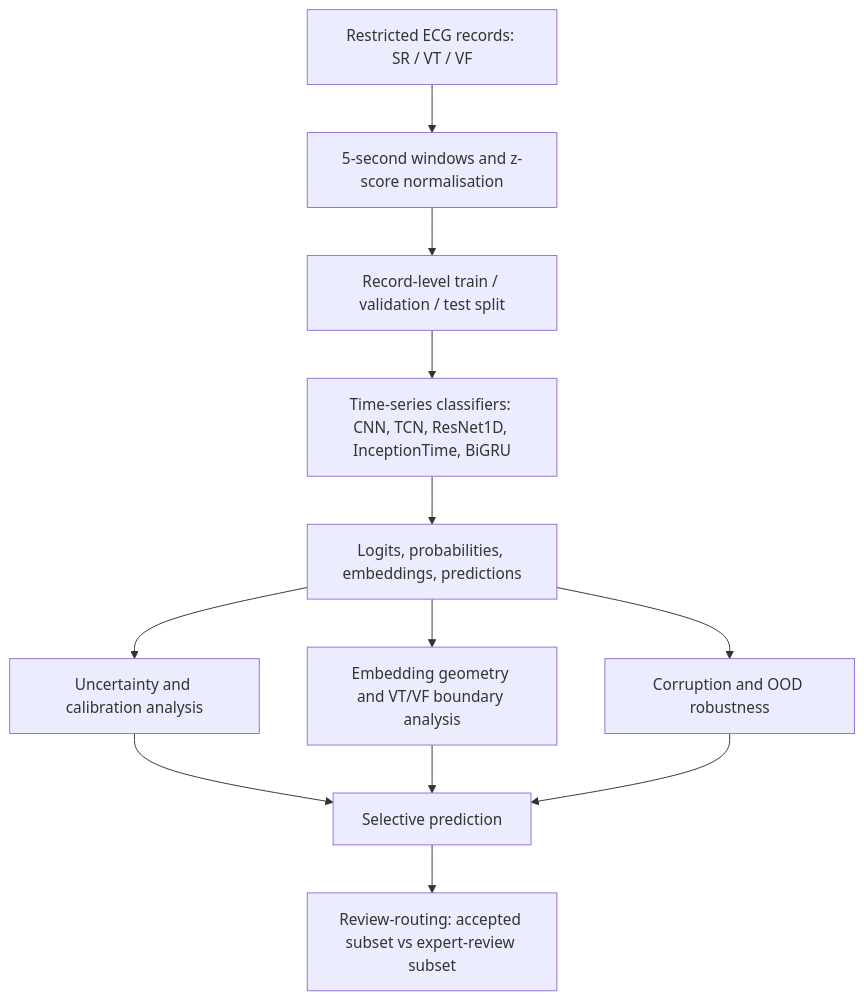
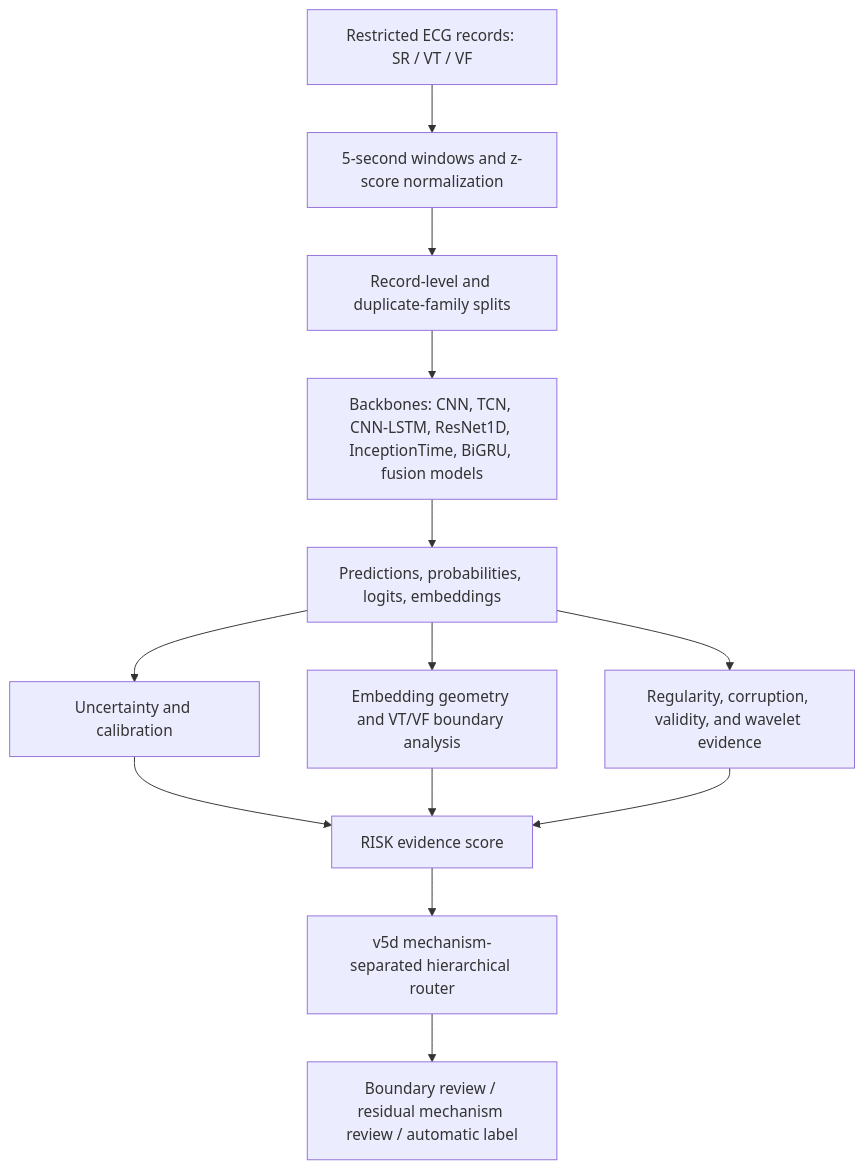
The diagram in docs/METHOD_OVERVIEW.md (Tengyu-w/reliable-ECG-uncertainty), drawn with Mermaid before and after one commit. The commit also changed other lines of this file and 51 other files, not shown here.

````diff
--- a/docs/METHOD_OVERVIEW.md
+++ b/docs/METHOD_OVERVIEW.md
@@ -9,14 +10,15 @@
 ```mermaid
 flowchart TD
-    A["Restricted ECG records: SR / VT / VF"] --> B["5-second windows and z-score normalisation"]
-    B --> C["Record-level train / validation / test split"]
-    C --> D["Time-series classifiers: CNN, TCN, ResNet1D, InceptionTime, BiGRU"]
-    D --> E["Logits, probabilities, embeddings, predictions"]
-    E --> F["Uncertainty and calibration analysis"]
+    A["Restricted ECG records: SR / VT / VF"] --> B["5-second windows and z-score normalization"]
+    B --> C["Record-level and duplicate-family splits"]
+    C --> D["Backbones: CNN, TCN, CNN-LSTM, ResNet1D, InceptionTime, BiGRU, fusion models"]
+    D --> E["Predictions, probabilities, logits, embeddings"]
+    E --> F["Uncertainty and calibration"]
     E --> G["Embedding geometry and VT/VF boundary analysis"]
-    E --> H["Corruption and OOD robustness"]
-    F --> I["Selective prediction"]
+    E --> H["Regularity, corruption, validity, and wavelet evidence"]
+    F --> I["RISK evidence score"]
     G --> I
     H --> I
-    I --> J["Review-routing: accepted subset vs expert-review subset"]
+    I --> J["v5d mechanism-separated hierarchical router"]
+    J --> K["Boundary review / residual mechanism review / automatic label"]
 ```
````
